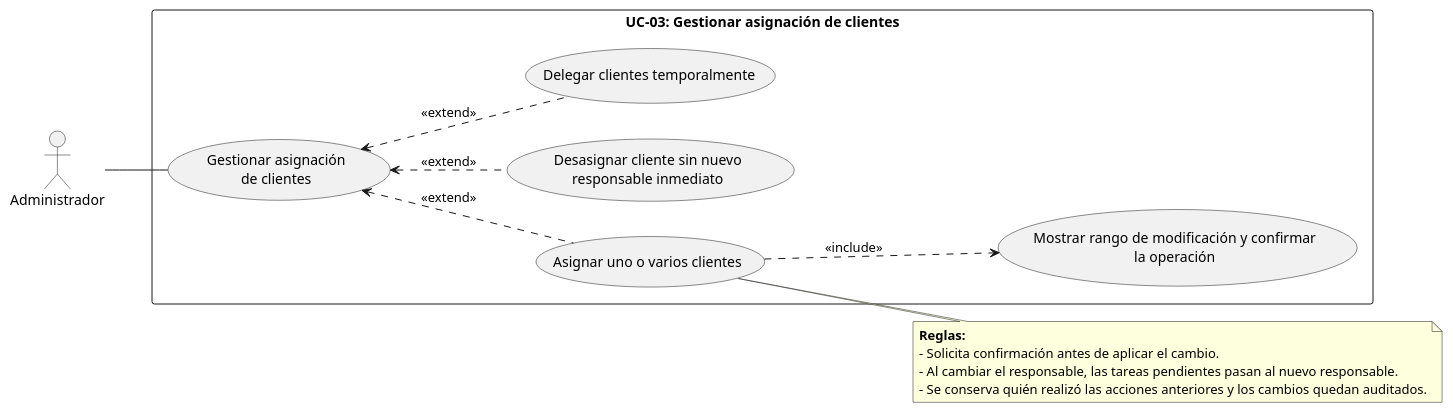
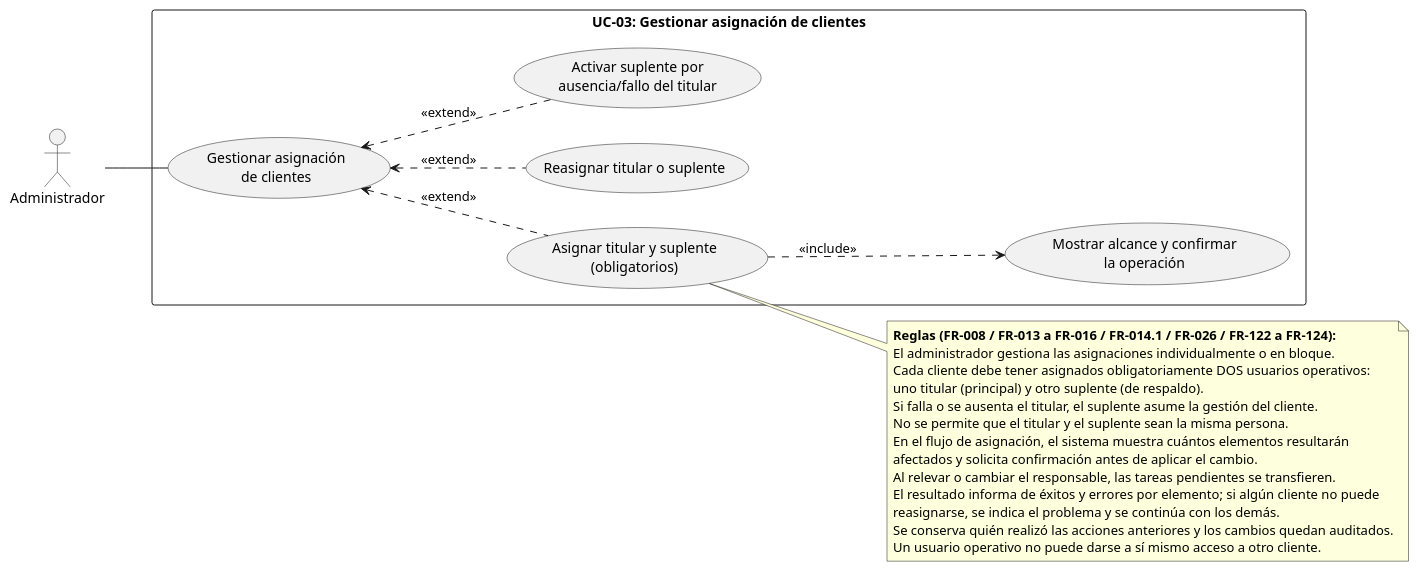
Before and after one commit to pablorv3/Hienitas-ADAP: the diagram in doc/src/casos-uso/uc-03-gestionar-asignacion-de-clientes.pu, drawn with PlantUML. The commit also changed 7 other files, not shown here.

Commit message:
Actualizar requisitos y casos de uso: dos usuarios operativos obligatorios por cliente (titular y suplente)

```diff
--- a/doc/src/casos-uso/uc-03-gestionar-asignacion-de-clientes.pu
+++ b/doc/src/casos-uso/uc-03-gestionar-asignacion-de-clientes.pu
@@ -1,31 +1,40 @@
 @startuml uc-03
     left to right direction
     skinparam packageStyle rectangle
 
     actor "Administrador" as Admin
 
     rectangle "UC-03: Gestionar asignación de clientes" {
         usecase "Gestionar asignación\nde clientes" as UC_Gestionar
-        usecase "Asignar uno o varios clientes" as UC_Asignar
-        usecase "Mostrar rango de modificación y confirmar\nla operación" as UC_Confirmar
-        usecase "Desasignar cliente sin nuevo\nresponsable inmediato" as UC_Desasignar
-        usecase "Delegar clientes temporalmente" as UC_Delegar
+        usecase "Asignar titular y suplente\n(obligatorios)" as UC_Asignar
+        usecase "Mostrar alcance y confirmar\nla operación" as UC_Confirmar
+        usecase "Reasignar titular o suplente" as UC_Reasignar
+        usecase "Activar suplente por\nausencia/fallo del titular" as UC_ActivarSuplente
 
-        ' La asignación, la desasignación y la delegación son operaciones de la gestión.
+        ' La asignación, la reasignación y la activación del suplente son operaciones de la gestión.
         UC_Gestionar <.. UC_Asignar : <<extend>>
-        UC_Gestionar <.. UC_Desasignar : <<extend>>
-        UC_Gestionar <.. UC_Delegar : <<extend>>
+        UC_Gestionar <.. UC_Reasignar : <<extend>>
+        UC_Gestionar <.. UC_ActivarSuplente : <<extend>>
 
         ' En el flujo de asignación se muestra el alcance y se solicita confirmación.
         UC_Asignar ..> UC_Confirmar : <<include>>
     }
 
     note right of UC_Asignar
-      <b>Reglas:</b>
-      - Solicita confirmación antes de aplicar el cambio.
-      - Al cambiar el responsable, las tareas pendientes pasan al nuevo responsable.
-      - Se conserva quién realizó las acciones anteriores y los cambios quedan auditados.
+      <b>Reglas (FR-008 / FR-013 a FR-016 / FR-014.1 / FR-026 / FR-122 a FR-124):</b>
+      El administrador gestiona las asignaciones individualmente o en bloque.
+      Cada cliente debe tener asignados obligatoriamente DOS usuarios operativos:
+      uno titular (principal) y otro suplente (de respaldo).
+      Si falla o se ausenta el titular, el suplente asume la gestión del cliente.
+      No se permite que el titular y el suplente sean la misma persona.
+      En el flujo de asignación, el sistema muestra cuántos elementos resultarán
+      afectados y solicita confirmación antes de aplicar el cambio.
+      Al relevar o cambiar el responsable, las tareas pendientes se transfieren.
+      El resultado informa de éxitos y errores por elemento; si algún cliente no puede
+      reasignarse, se indica el problema y se continúa con los demás.
+      Se conserva quién realizó las acciones anteriores y los cambios quedan auditados.
+      Un usuario operativo no puede darse a sí mismo acceso a otro cliente.
     end note
 
     Admin -- UC_Gestionar
 @enduml
```
